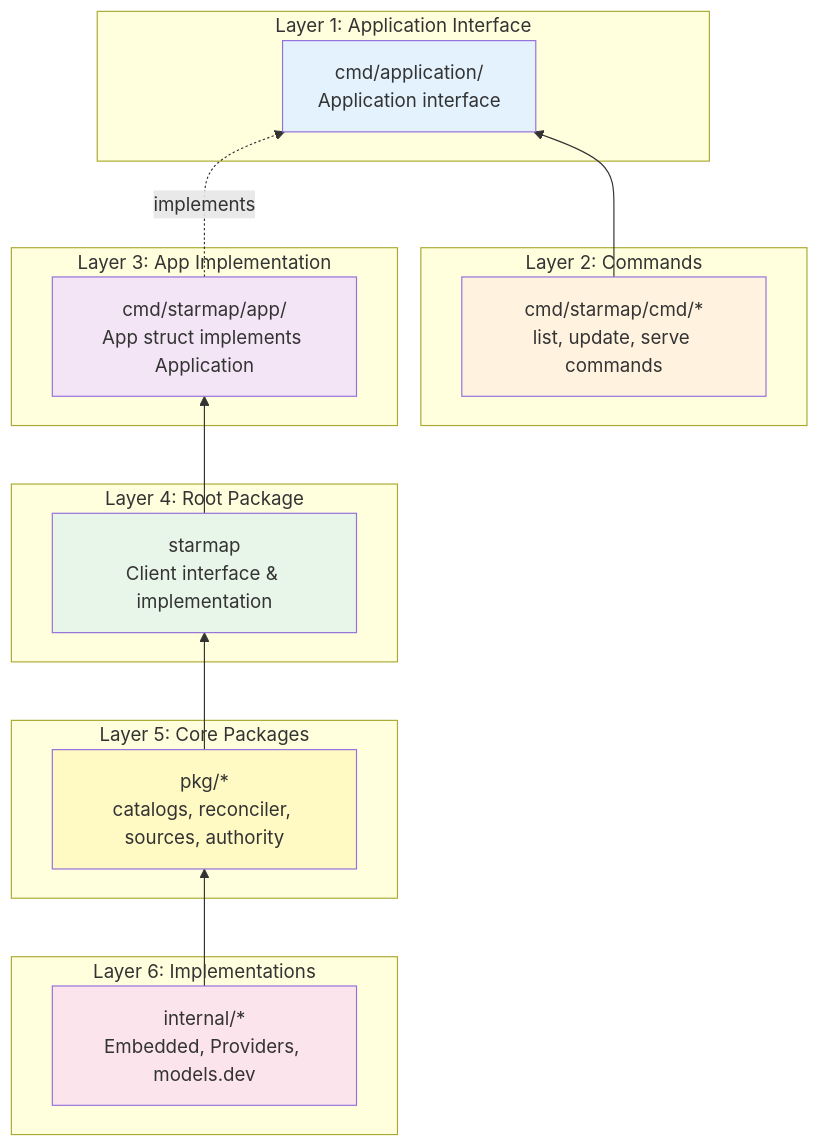
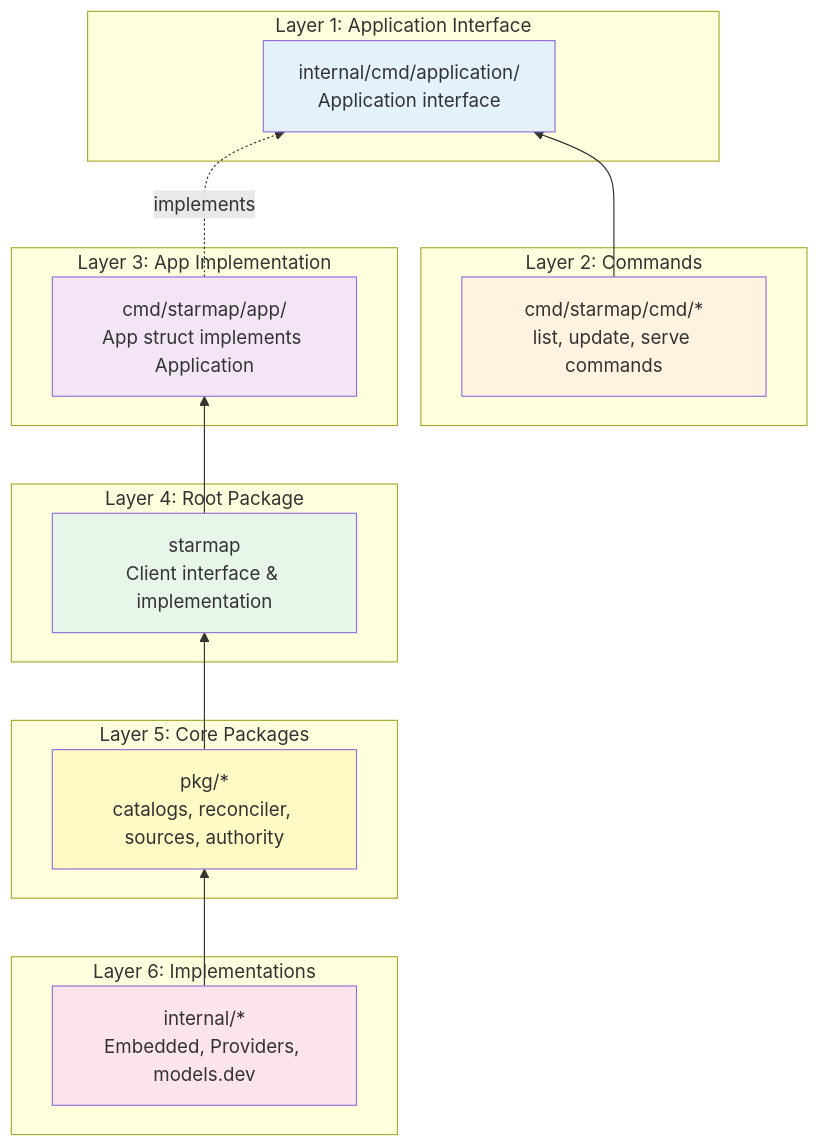
Before and after one commit to agentstation/starmap: the eighth of 8 diagrams in docs/ARCHITECTURE.md, drawn with Mermaid. The commit also changed other lines of this file and 35 other files, not shown here.

First line of the commit message:
refactor: move application interface to internal/cmd/application

````diff
--- a/docs/ARCHITECTURE.md
+++ b/docs/ARCHITECTURE.md
@@ -1196,39 +1197,39 @@
 ```mermaid
 graph BT
     subgraph "Layer 6: Implementations"
         INT[internal/*<br/>Embedded, Providers, models.dev]
     end
 
     subgraph "Layer 5: Core Packages"
         PKG[pkg/*<br/>catalogs, reconciler, sources, authority]
     end
 
     subgraph "Layer 4: Root Package"
         ROOT[starmap<br/>Client interface & implementation]
     end
 
     subgraph "Layer 3: App Implementation"
         APPIMPL[cmd/starmap/app/<br/>App struct implements Application]
     end
 
     subgraph "Layer 2: Commands"
         CMDS[cmd/starmap/cmd/*<br/>list, update, serve commands]
     end
 
     subgraph "Layer 1: Application Interface"
-        APPIF[cmd/application/<br/>Application interface]
+        APPIF[internal/cmd/application/<br/>Application interface]
     end
 
     INT --> PKG
     PKG --> ROOT
     ROOT --> APPIMPL
     APPIMPL -.implements.-> APPIF
     CMDS --> APPIF
 
     style APPIF fill:#e3f2fd
     style CMDS fill:#fff3e0
     style APPIMPL fill:#f3e5f5
     style ROOT fill:#e8f5e9
     style PKG fill:#fff9c4
     style INT fill:#fce4ec
 ```
````
